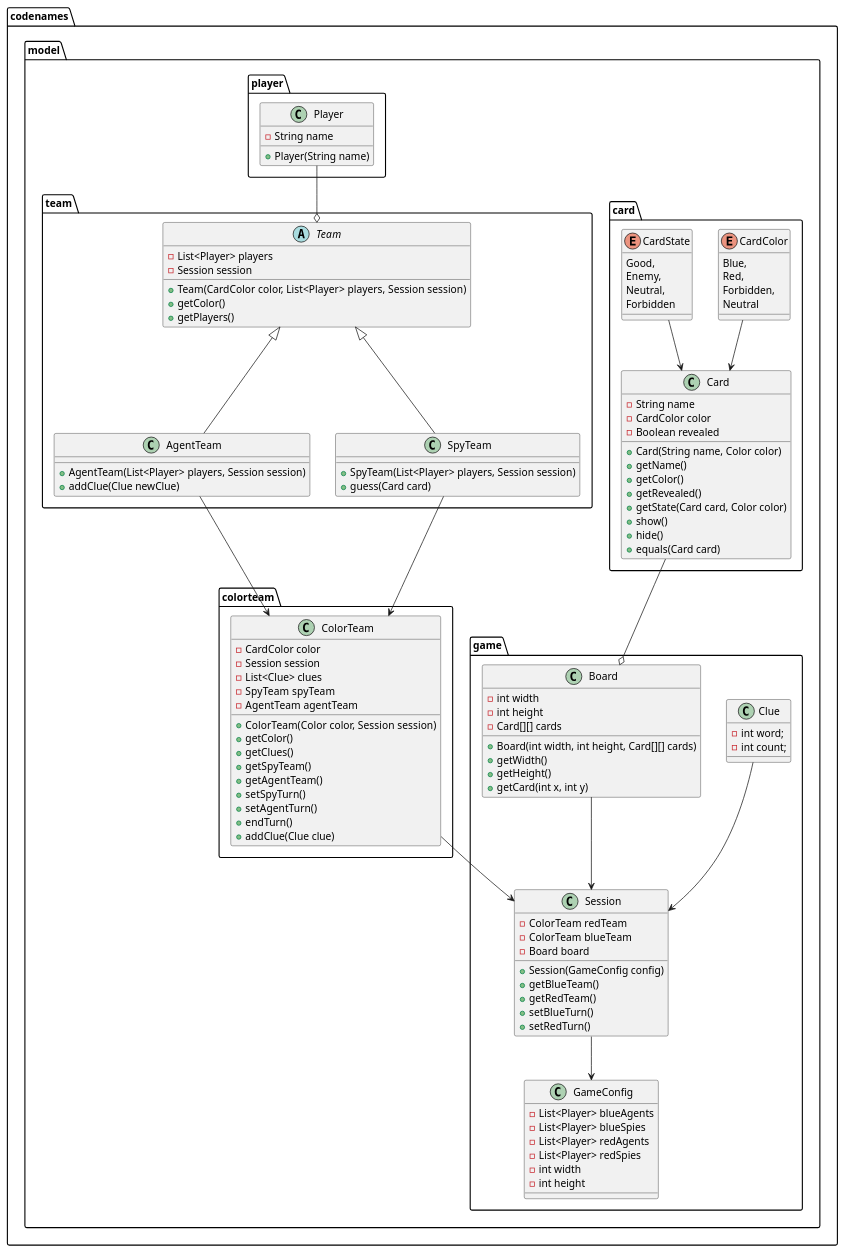
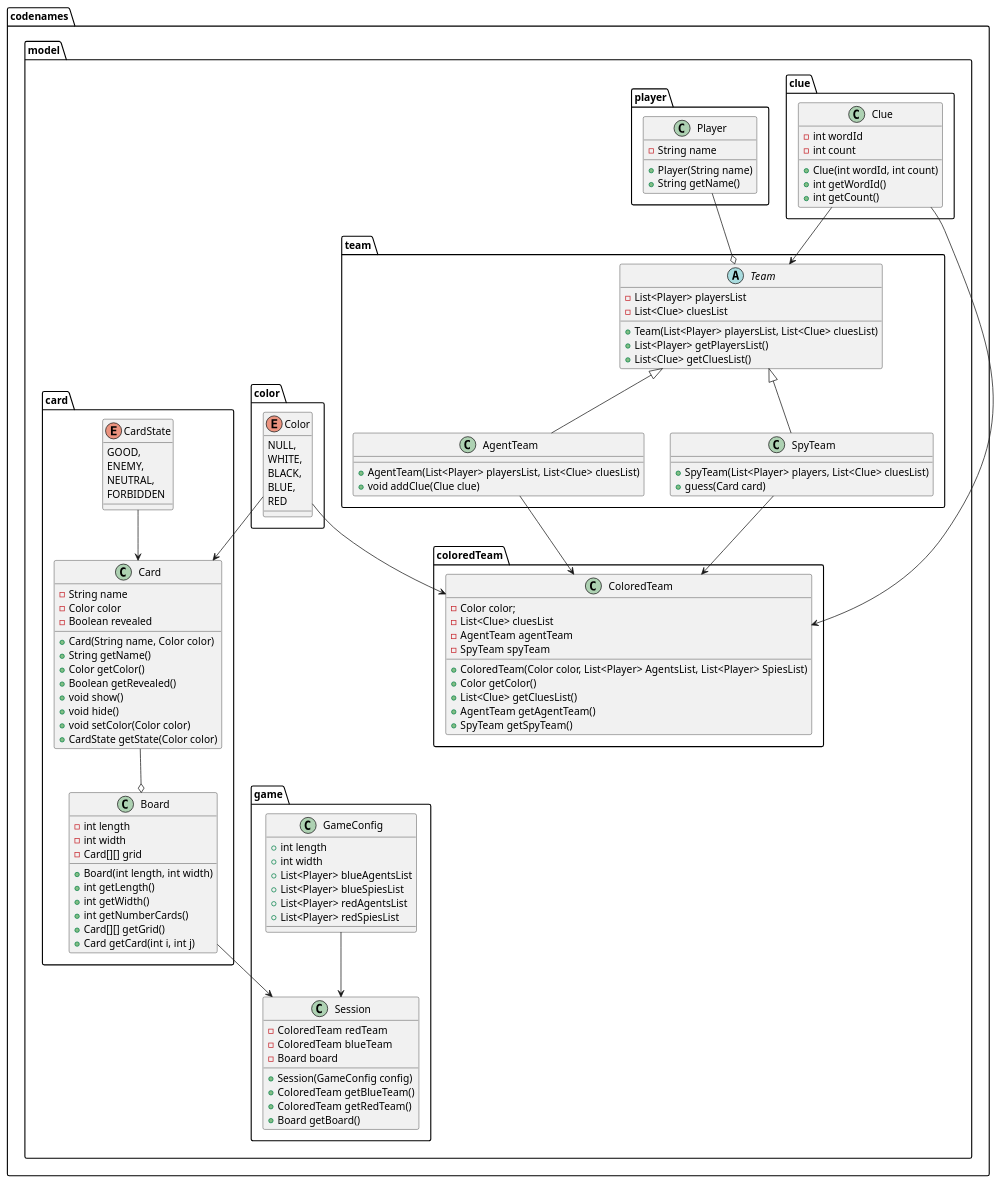
Before and after one commit to Natvs/Codename: the diagram in uml/main.puml, drawn with PlantUML. The commit also changed 2 other files, not shown here.

Commit message:
fix(uml): up grade uml diagramm class

```diff
--- a/uml/main.puml
+++ b/uml/main.puml
@@ -1,121 +1,144 @@
 @startuml
 
+package codenames.model.clue {
+
+    class Clue {
+        - int wordId
+        - int count
+        + Clue(int wordId, int count)
+        + int getWordId()
+        + int getCount()
+    }
+
+}
+
+package codenames.model.color {
+
+    enum Color {
+        NULL,
+        WHITE,
+        BLACK,
+        BLUE,
+        RED
+    }
+
+}
+
 package codenames.model.game {
+
     class GameConfig {
-        -List<Player> blueAgents
-        -List<Player> blueSpies
-        -List<Player> redAgents
-        -List<Player> redSpies
-        -int width
-        -int height
+        + int length
+        + int width
+        + List<Player> blueAgentsList
+        + List<Player> blueSpiesList
+        + List<Player> redAgentsList
+        + List<Player> redSpiesList
     }
     class Session {
-        -ColorTeam redTeam
-        -ColorTeam blueTeam
-        -Board board
-        +Session(GameConfig config)
-        +getBlueTeam()
-        +getRedTeam()
-        +setBlueTurn()
-        +setRedTurn()
-    }
-    class Clue {
-        -int word;
-        -int count;
-    }
-    class Board {
-        -int width
-        -int height
-        -Card[][] cards
-        +Board(int width, int height, Card[][] cards)
-        +getWidth()
-        +getHeight()
-        +getCard(int x, int y)
+        - ColoredTeam redTeam
+        - ColoredTeam blueTeam
+        - Board board
+        + Session(GameConfig config)
+        + ColoredTeam getBlueTeam()
+        + ColoredTeam getRedTeam()
+        + Board getBoard()
     }
 
-    codenames.model.game.Session --> codenames.model.game.GameConfig
-    codenames.model.colorteam.ColorTeam --> codenames.model.game.Session
-    codenames.model.game.Clue --> codenames.model.game.Session
-    codenames.model.game.Board --> codenames.model.game.Session
-    codenames.model.card.Card --o codenames.model.game.Board
+    GameConfig --> Session
+ 
 }
 
 package codenames.model.team {
+
     abstract class Team {
-        -List<Player> players
-        -Session session
-        +Team(CardColor color, List<Player> players, Session session)
-        +getColor()
-        +getPlayers()
+        - List<Player> playersList
+        - List<Clue> cluesList
+        + Team(List<Player> playersList, List<Clue> cluesList)
+        + List<Player> getPlayersList()
+        + List<Clue> getCluesList()
     }
-    codenames.model.player.Player --o codenames.model.team.Team
     class AgentTeam extends Team {
-        +AgentTeam(List<Player> players, Session session)
-        +addClue(Clue newClue)
+        + AgentTeam(List<Player> playersList, List<Clue> cluesList)
+        + void addClue(Clue clue)
     }
-    class SpyTeam extends codenames.model.team.Team {
-        +SpyTeam(List<Player> players, Session session)
-        +guess(Card card)
+    class SpyTeam extends Team {
+        + SpyTeam(List<Player> players, List<Clue> cluesList)
+        + guess(Card card)
     }
+
 }
 
-package codenames.model.colorteam {
-    class ColorTeam {
-        -CardColor color
-        -Session session
-        -List<Clue> clues
-        -SpyTeam spyTeam
-        -AgentTeam agentTeam
-        +ColorTeam(Color color, Session session)
-        +getColor()
-        +getClues()
-        +getSpyTeam()
-        +getAgentTeam()
-        +setSpyTurn()
-        +setAgentTurn()
-        +endTurn()
-        +addClue(Clue clue)
+package codenames.model.coloredTeam {
+
+    class ColoredTeam {
+        - Color color;
+        - List<Clue> cluesList
+        - AgentTeam agentTeam
+        - SpyTeam spyTeam
+        + ColoredTeam(Color color, List<Player> AgentsList, List<Player> SpiesList)
+        + Color getColor()
+        + List<Clue> getCluesList()
+        + AgentTeam getAgentTeam()
+        + SpyTeam getSpyTeam()
     }
-    SpyTeam --> codenames.model.colorteam.ColorTeam
-    AgentTeam --> codenames.model.colorteam.ColorTeam
+
 }
 
 package codenames.model.player {
+
     class Player {
-        -String name
-        +Player(String name)
+        - String name
+        + Player(String name)
+        + String getName()
     }
+
 }
 
 package codenames.model.card {
+
     class Card {
-        -String name
-        -CardColor color
-        -Boolean revealed
-        +Card(String name, Color color)
-        +getName()
-        +getColor()
-        +getRevealed()
-        +getState(Card card, Color color)
-        +show()
-        +hide()
-        +equals(Card card)
-    }
-    enum CardColor {
-        Blue,
-        Red,
-        Forbidden,
-        Neutral
+        - String name
+        - Color color
+        - Boolean revealed
+        + Card(String name, Color color)
+        + String getName()
+        + Color getColor()
+        + Boolean getRevealed()
+        + void show()
+        + void hide()
+        + void setColor(Color color)
+        + CardState getState(Color color)
     }
     enum CardState {
-        Good,
-        Enemy,
-        Neutral,
-        Forbidden
+        GOOD,
+        ENEMY,
+        NEUTRAL,
+        FORBIDDEN
+    }
+    class Board {
+        - int length
+        - int width
+        - Card[][] grid
+        + Board(int length, int width)
+        + int getLength()
+        + int getWidth()
+        + int getNumberCards()
+        + Card[][] getGrid()
+        + Card getCard(int i, int j)
     }
 
-    codenames.model.card.CardState --> codenames.model.card.Card
-    codenames.model.card.CardColor --> codenames.model.card.Card
+    CardState --> Card
+    Card --o Board
+
 }
 
+Player --o Team
+Color --> ColoredTeam
+Color --> Card
+Board --> Session
+AgentTeam --> ColoredTeam
+SpyTeam --> ColoredTeam
+Clue --> ColoredTeam
+Clue --> Team
+
 @enduml
```
